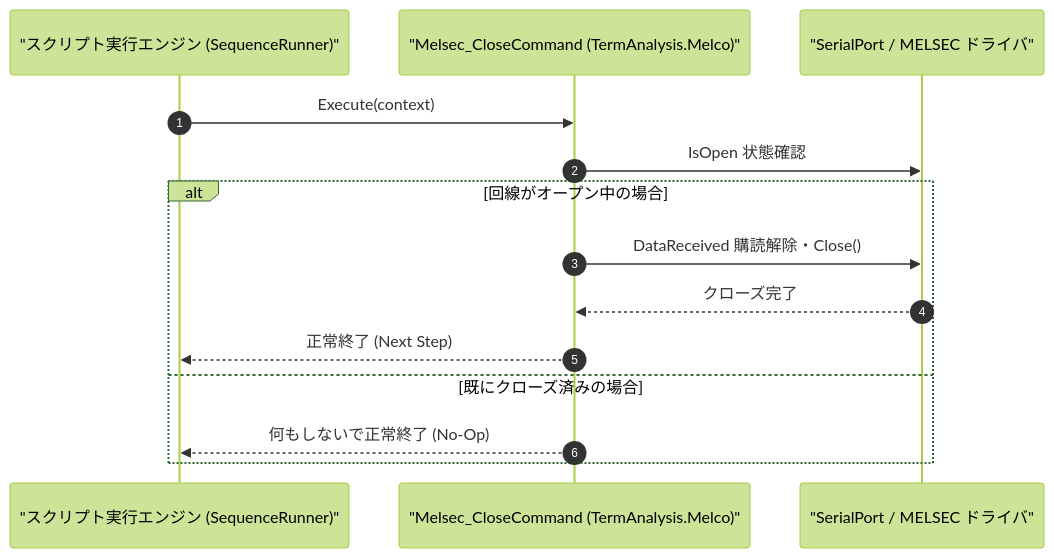
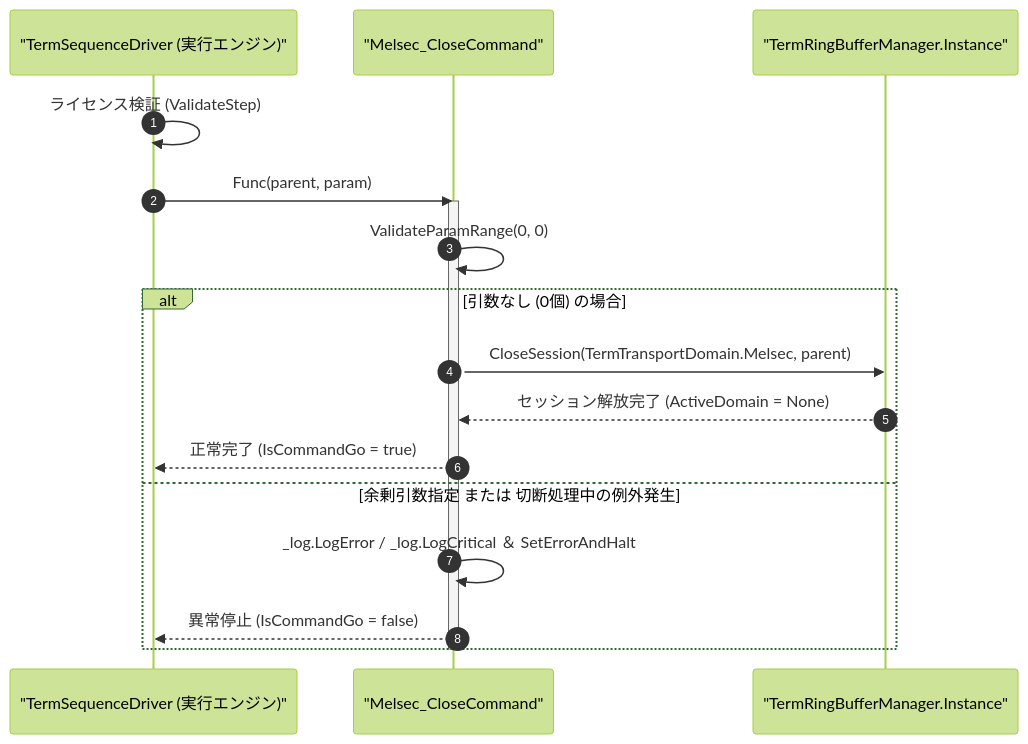
One commit to Monaca-App/TermAddIn changed the diagram in Manual/Melco/Melsec_Close.Md. Above: the diagram before and after it, drawn with Mermaid (forest theme). The commit also changed other lines of this file and 157 other files, not shown here.

````diff
--- a/Manual/Melco/Melsec_Close.Md
+++ b/Manual/Melco/Melsec_Close.Md
@@ -63,17 +69,21 @@
 ```mermaid
 sequenceDiagram
     autonumber
-    participant Script as "スクリプト実行エンジン (SequenceRunner)"
-    participant Cmd as "Melsec_CloseCommand (TermAnalysis.Melco)"
-    participant Port as "SerialPort / MELSEC ドライバ"
+    participant Driver as "TermSequenceDriver (実行エンジン)"
+    participant Cmd as "Melsec_CloseCommand"
+    participant Buf as "TermRingBufferManager.Instance"
 
-    Script->>Cmd: Execute(context)
-    Cmd->>Port: IsOpen 状態確認
-    alt 回線がオープン中の場合
-        Cmd->>Port: DataReceived 購読解除・Close()
-        Port-->>Cmd: クローズ完了
-        Cmd-->>Script: 正常終了 (Next Step)
-    else 既にクローズ済みの場合
-        Cmd-->>Script: 何もしないで正常終了 (No-Op)
+    Driver->>Driver: ライセンス検証 (ValidateStep)
+    Driver->>Cmd: Func(parent, param)
+    activate Cmd
+    Cmd->>Cmd: ValidateParamRange(0, 0)
+    alt 引数なし (0個) の場合
+        Cmd->>Buf: CloseSession(TermTransportDomain.Melsec, parent)
+        Buf-->>Cmd: セッション解放完了 (ActiveDomain = None)
+        Cmd-->>Driver: 正常完了 (IsCommandGo = true)
+    else 余剰引数指定 または 切断処理中の例外発生
+        Cmd->>Cmd: _log.LogError / _log.LogCritical ＆ SetErrorAndHalt
+        Cmd-->>Driver: 異常停止 (IsCommandGo = false)
     end
+    deactivate Cmd
 ```
````
